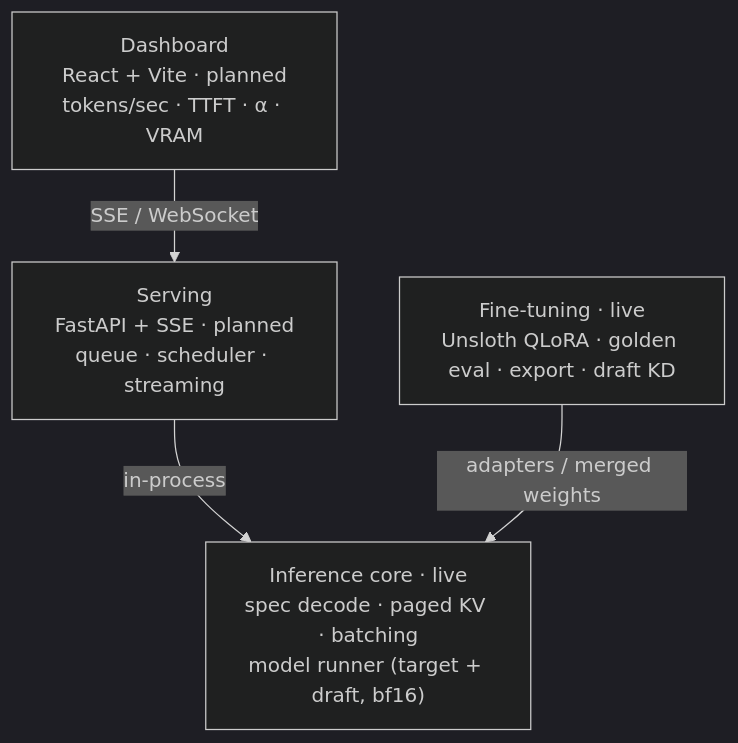
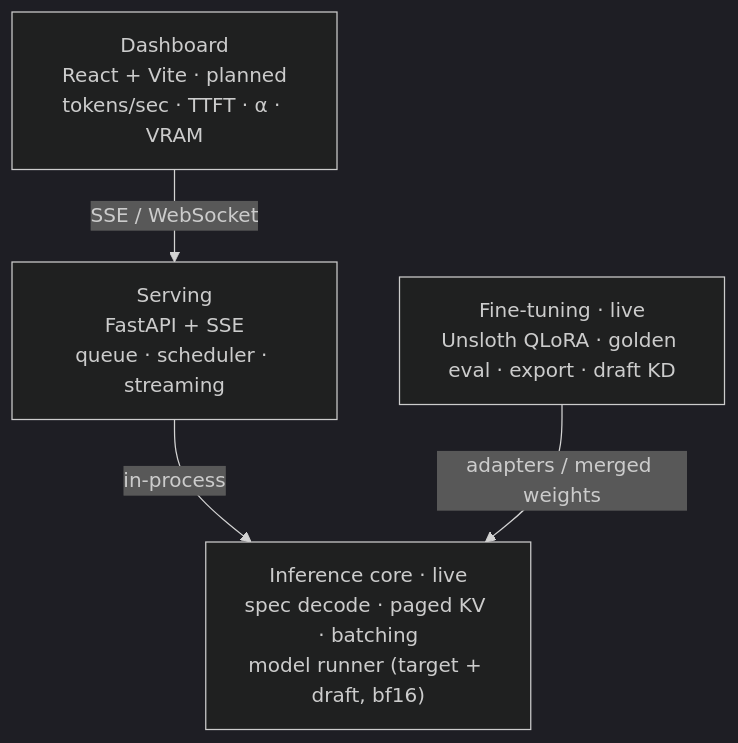
One commit to likhith-v1/inferd changed the diagram in README.md. Above: the diagram before and after it, drawn with Mermaid (dark theme). The commit also changed other lines of this file and 10 other files, not shown here.

````diff
--- a/README.md
+++ b/README.md
@@ -52,11 +52,11 @@
 ```mermaid
 flowchart TB
     dash["Dashboard<br/>React + Vite · planned<br/>tokens/sec · TTFT · α · VRAM"]
-    serve["Serving<br/>FastAPI + SSE · planned<br/>queue · scheduler · streaming"]
+    serve["Serving<br/>FastAPI + SSE<br/>queue · scheduler · streaming"]
     core["Inference core · live<br/>spec decode · paged KV · batching<br/>model runner (target + draft, bf16)"]
     ft["Fine-tuning · live<br/>Unsloth QLoRA · golden eval · export · draft KD"]
 
     dash -->|SSE / WebSocket| serve
     serve -->|in-process| core
     ft -->|adapters / merged weights| core
 ```
````
